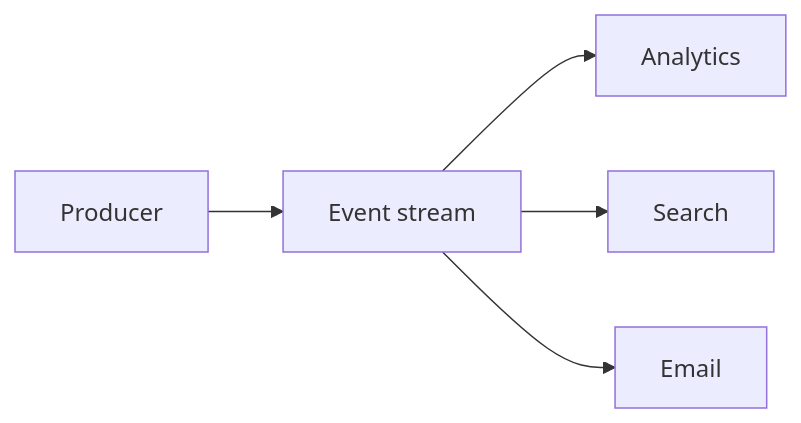
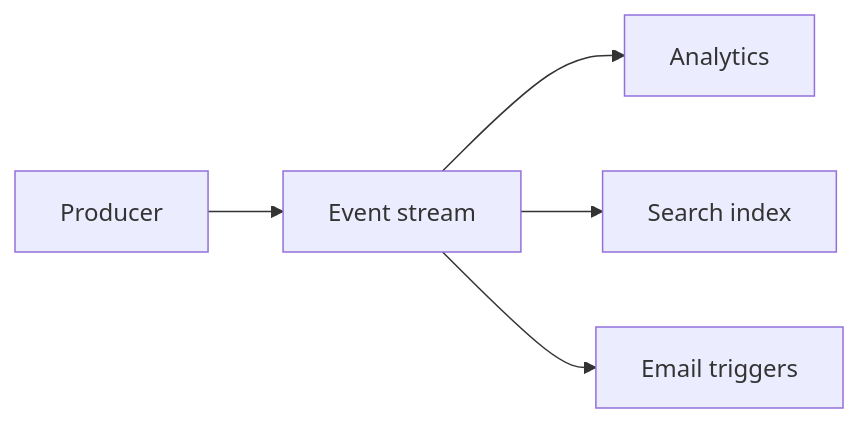
One commit to hareramcse/SystemDesign changed the third of 24 diagrams in 06-messaging-and-events/README.md. Above: the diagram before and after it, drawn with Mermaid. The commit also changed other lines of this file and 14 other files, not shown here.

````diff
--- a/06-messaging-and-events/README.md
+++ b/06-messaging-and-events/README.md
@@ -680,7 +364,7 @@
 ```mermaid
 flowchart LR
     P[Producer] --> S[Event stream]
     S --> C1[Analytics]
-    S --> C2[Search]
-    S --> C3[Email]
+    S --> C2[Search index]
+    S --> C3[Email triggers]
 ```
````
